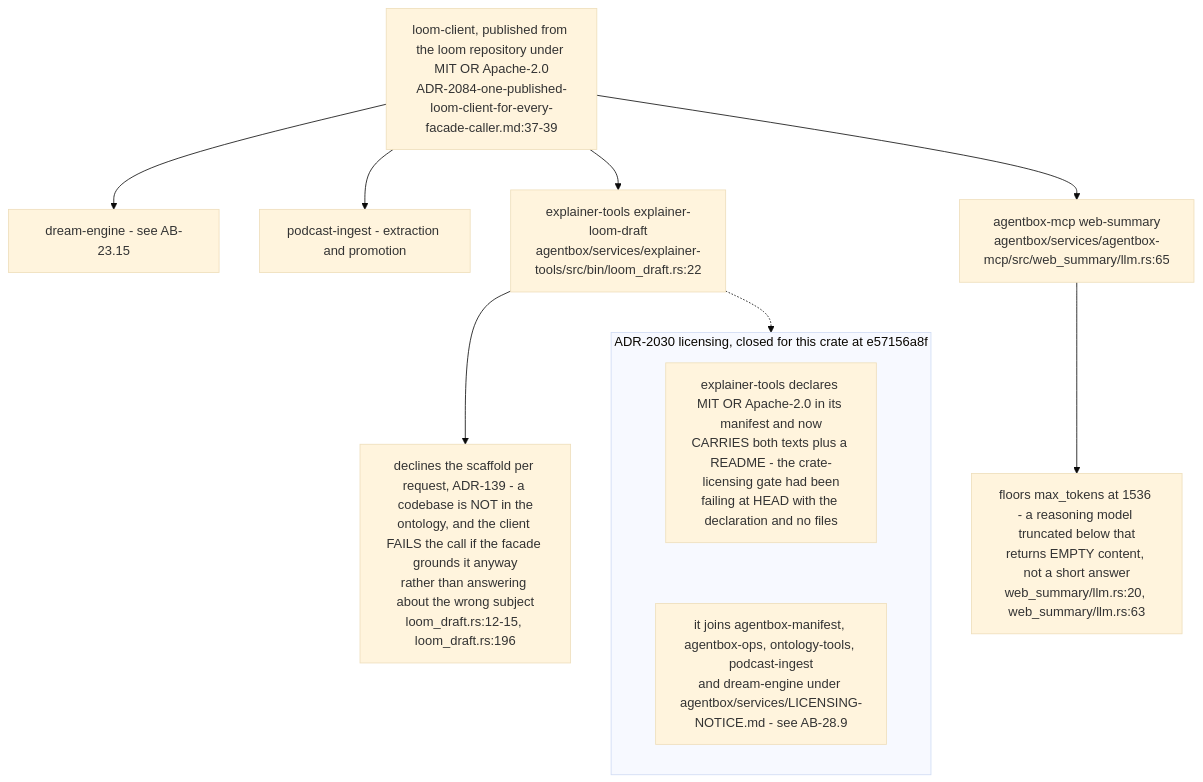
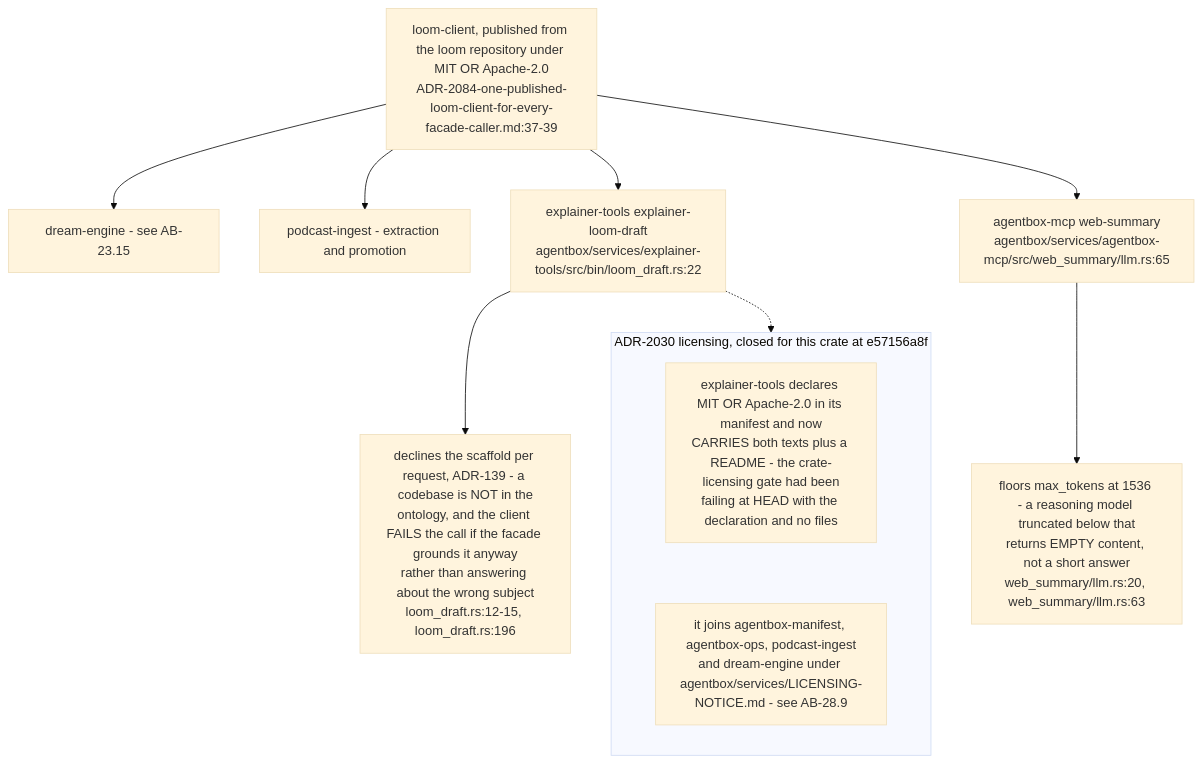
One commit to DreamLab-AI/VisionFlow changed the tenth of 10 diagrams in docs/diagrams/agentbox/28-agentbox-services-and-manifest-binary.md. Above: the diagram before and after it, drawn with Mermaid (base theme). The commit also changed other lines of this file and 94 other files, not shown here.

First line of the commit message:
docs(diagrams): re-verify 130 topics against 2 October HEADs

````diff
--- a/docs/diagrams/agentbox/28-agentbox-services-and-manifest-binary.md
+++ b/docs/diagrams/agentbox/28-agentbox-services-and-manifest-binary.md
@@ -450,17 +442,17 @@
 ```mermaid
 flowchart TB
     CRATE["loom-client, published from the loom repository under MIT OR Apache-2.0<br/>ADR-2084-one-published-loom-client-for-every-facade-caller.md:37-39"]
     CRATE --> A["dream-engine - see AB-23.15"]
     CRATE --> B["podcast-ingest - extraction and promotion"]
     CRATE --> C["explainer-tools explainer-loom-draft<br/>agentbox/services/explainer-tools/src/bin/loom_draft.rs:22"]
     CRATE --> D["agentbox-mcp web-summary<br/>agentbox/services/agentbox-mcp/src/web_summary/llm.rs:65"]
     C --> C1["declines the scaffold per request, ADR-139 - a codebase is NOT in the<br/>ontology, and the client FAILS the call if the facade grounds it anyway<br/>rather than answering about the wrong subject<br/>loom_draft.rs:12-15, loom_draft.rs:196"]
     D --> D1["floors max_tokens at 1536 - a reasoning model truncated below that<br/>returns EMPTY content, not a short answer<br/>web_summary/llm.rs:20, web_summary/llm.rs:63"]
     subgraph lic["ADR-2030 licensing, closed for this crate at e57156a8f"]
         direction TB
         L1["explainer-tools declares MIT OR Apache-2.0 in its manifest and now<br/>CARRIES both texts plus a README - the crate-licensing gate had been<br/>failing at HEAD with the declaration and no files"]
-        L2["it joins agentbox-manifest, agentbox-ops, ontology-tools, podcast-ingest<br/>and dream-engine under agentbox/services/LICENSING-NOTICE.md - see AB-28.9"]
+        L2["it joins agentbox-manifest, agentbox-ops, podcast-ingest<br/>and dream-engine under agentbox/services/LICENSING-NOTICE.md - see AB-28.9"]
         L1 ~~~ L2
     end
     C -.-> lic
 ```
````
